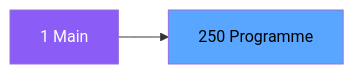
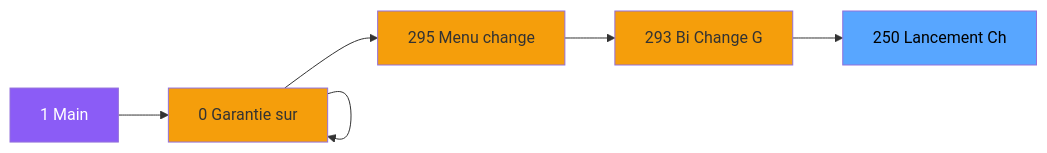
The second of 3 diagrams in .openspec/specs/ADH-IDE-250.md (thonyAGP/magic-migration), drawn with Mermaid before and after one commit. The commit also changed other lines of this file and 323 other files, not shown here.

````diff
--- a/.openspec/specs/ADH-IDE-250.md
+++ b/.openspec/specs/ADH-IDE-250.md
@@ -98,8 +108,23 @@
 ```mermaid
 graph LR
     M[1 Main]
-    T[250 Programme]
-    M --> T
+    N0[0 Transaction ]
+    N0[0 Transaction ]
+    N0[0 Garantie sur]
+    N295[295 Menu change ]
+    N293[293 Bi  Change G]
+    T[250 Lancement Ch]
+    M --> N0
+    N0 --> N0
+    N0 --> N0
+    N0 --> N295
+    N295 --> N293
+    N293 --> T
     style M fill:#8b5cf6,color:#fff
+    style N0 fill:#f59e0b
+    style N0 fill:#f59e0b
+    style N0 fill:#f59e0b
+    style N295 fill:#f59e0b
+    style N293 fill:#f59e0b
     style T fill:#58a6ff,color:#000
 ```
````
